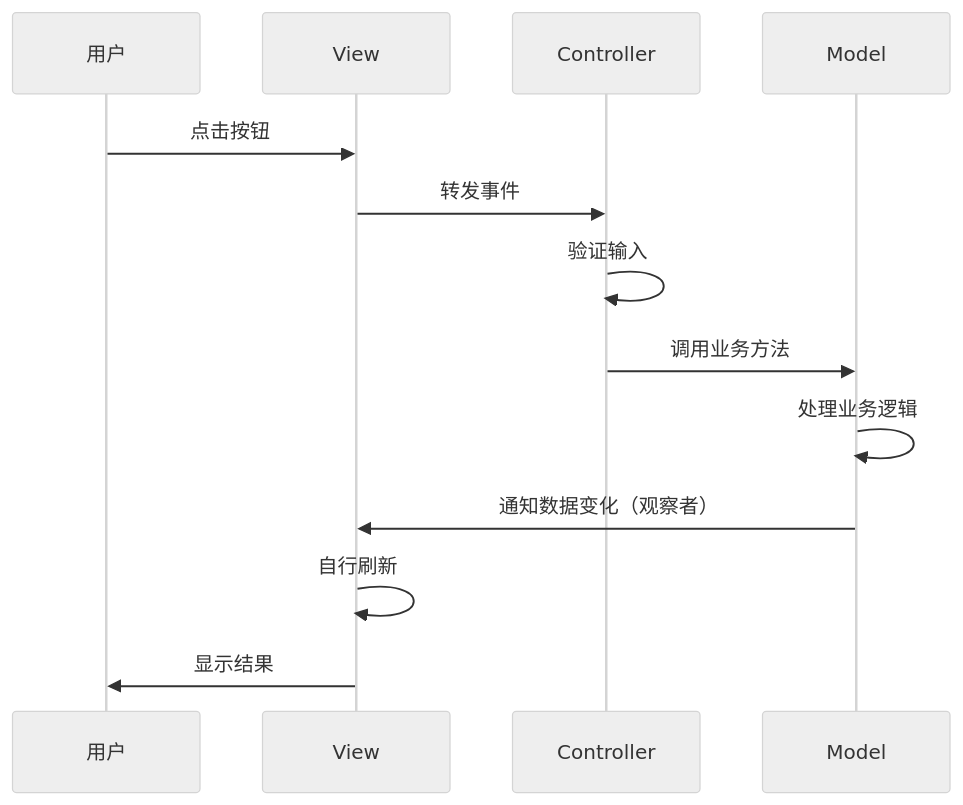
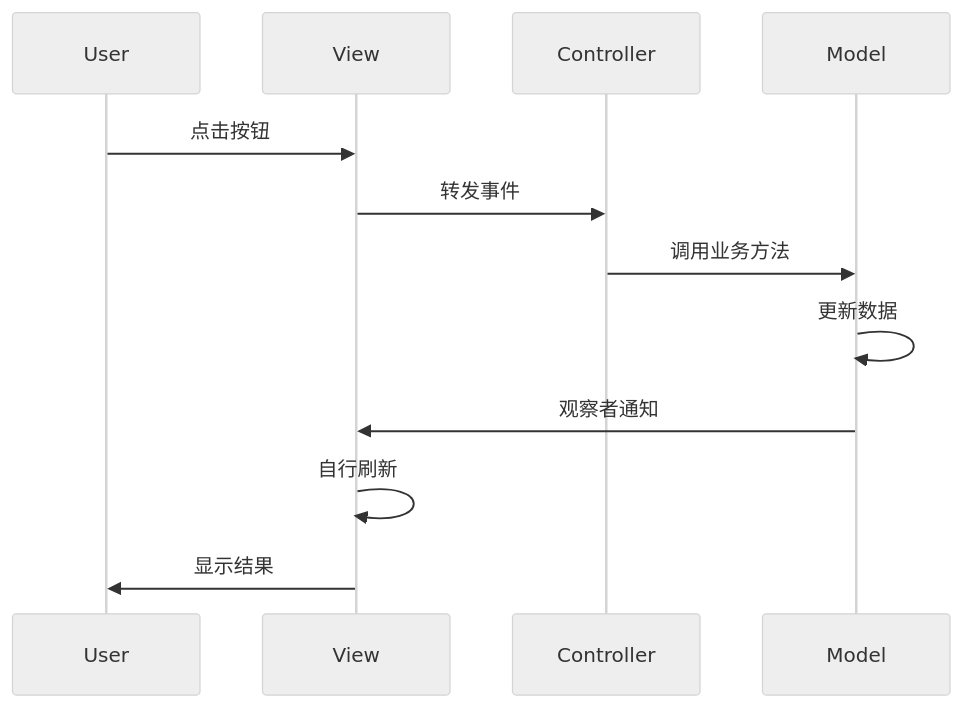
Before and after one commit to chongyang211/YCBookBlog: the eighth of 12 diagrams in docs/10.真经/05.方案设计思想/01.通用架构设计方案.md, drawn with Mermaid (neutral theme). The commit also changed other lines of this file and 36 other files, not shown here.

````diff
--- a/docs/10.真经/05.方案设计思想/01.通用架构设计方案.md
+++ b/docs/10.真经/05.方案设计思想/01.通用架构设计方案.md
@@ -310,16 +474,15 @@
 ```mermaid
 sequenceDiagram
-    participant User as 用户
-    participant View as View
-    participant Controller as Controller
-    participant Model as Model
+    participant User
+    participant View
+    participant Controller
+    participant Model
     
     User->>View: 点击按钮
     View->>Controller: 转发事件
-    Controller->>Controller: 验证输入
     Controller->>Model: 调用业务方法
-    Model->>Model: 处理业务逻辑
-    Model->>View: 通知数据变化（观察者）
+    Model->>Model: 更新数据
+    Model->>View: 观察者通知
     View->>View: 自行刷新
     View->>User: 显示结果
 ```
````
